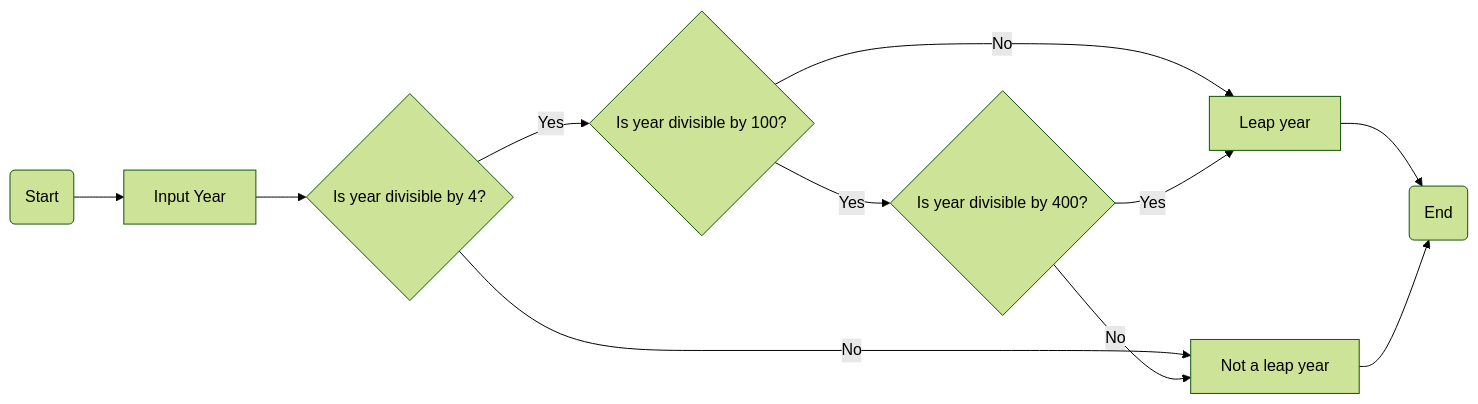
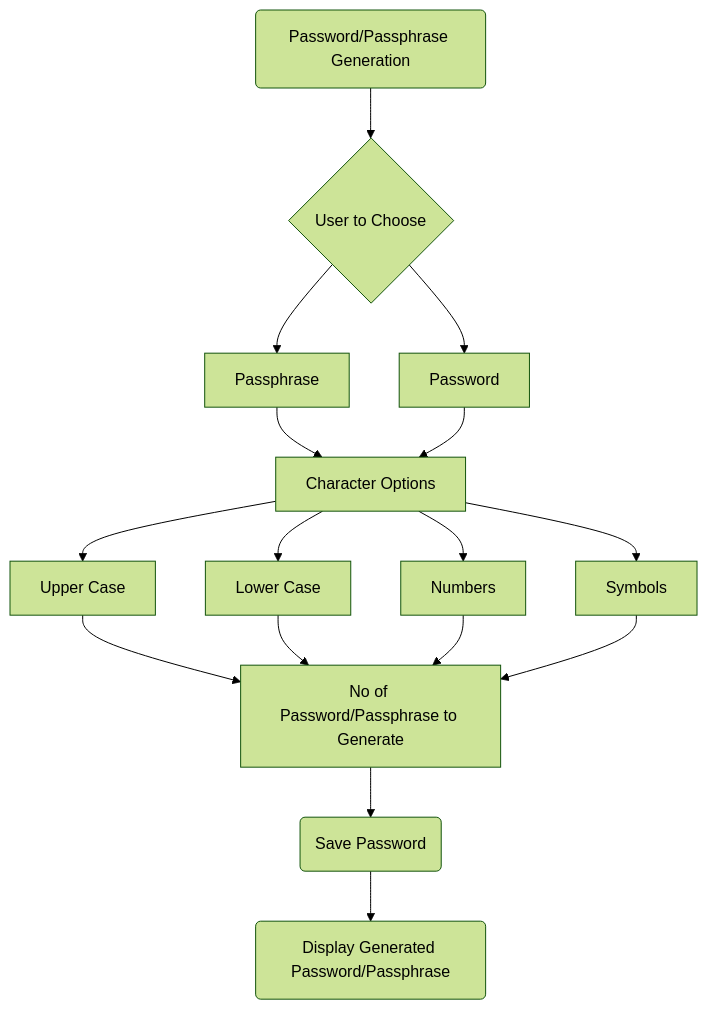
Before and after one commit to HydroAirplane7/SoftwareProject: the diagram in ICTPRG434_CSP_Template.md, drawn with Mermaid (forest theme). The commit also changed other lines of this file, not shown here.

````diff
--- a/ICTPRG434_CSP_Template.md
+++ b/ICTPRG434_CSP_Template.md
@@ -54,13 +54,21 @@
 ```mermaid
-flowchart LR
-    A(Start) --> B[Input Year]
-    B --> C{Is year divisible by 4?}
-    C -- Yes --> D{Is year divisible by 100?}
-    C -- No --> E[Not a leap year]
-    D -- Yes --> F{Is year divisible by 400?}
-    D -- No --> G[Leap year]
-    F -- Yes --> G
-    F -- No --> E
-    G --> H(End)
-    E --> H(End)
+flowchart TD
+    B(Password/Passphrase Generation)
+    B --> C{User to Choose}
+    C --> D[Password]
+    C -->E[Passphrase]
+    E-->F[Character Options]
+    D-->F
+    F-->U[Upper Case]
+    F-->L[Lower Case]
+    F-->N[Numbers]
+    F-->S[Symbols]
+    T[No of Password/Passphrase to Generate]
+    U-->T
+    L-->T
+    N-->T
+    S-->T
+    SP(Save Password)
+    T-->SP
+    SP-->DG(Display Generated Password/Passphrase)
 ```
````
